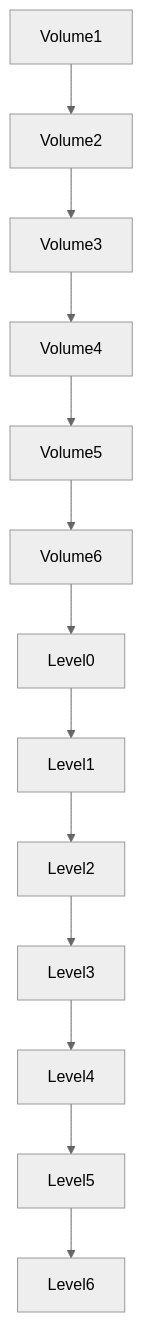
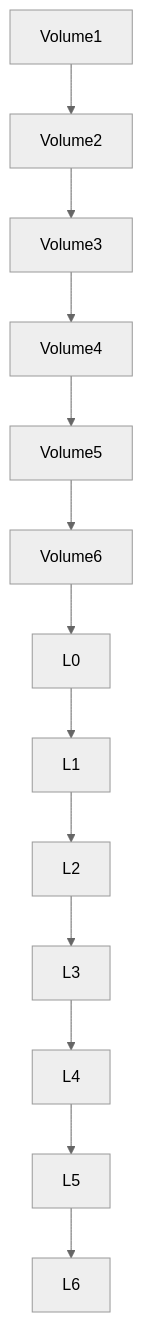
The seventh of 7 diagrams in governance/constitution/Volume_6_Repository_Reference_Manual.md (Varad1604/ERP_hark), drawn with Mermaid (neutral theme) before and after one commit. The commit also changed other lines of this file and 26 other files, not shown here.

````diff
--- a/governance/constitution/Volume_6_Repository_Reference_Manual.md
+++ b/governance/constitution/Volume_6_Repository_Reference_Manual.md
@@ -448,31 +260,5 @@
 ```mermaid
 flowchart TD
-
-Volume1
-
--->Volume2
-
--->Volume3
-
--->Volume4
-
--->Volume5
-
--->Volume6
-
-Volume6
-
--->Level0
-
--->Level1
-
--->Level2
-
--->Level3
-
--->Level4
-
--->Level5
-
--->Level6
+Volume1 --> Volume2 --> Volume3 --> Volume4 --> Volume5 --> Volume6
+Volume6 --> L0 --> L1 --> L2 --> L3 --> L4 --> L5 --> L6
 ```
````
